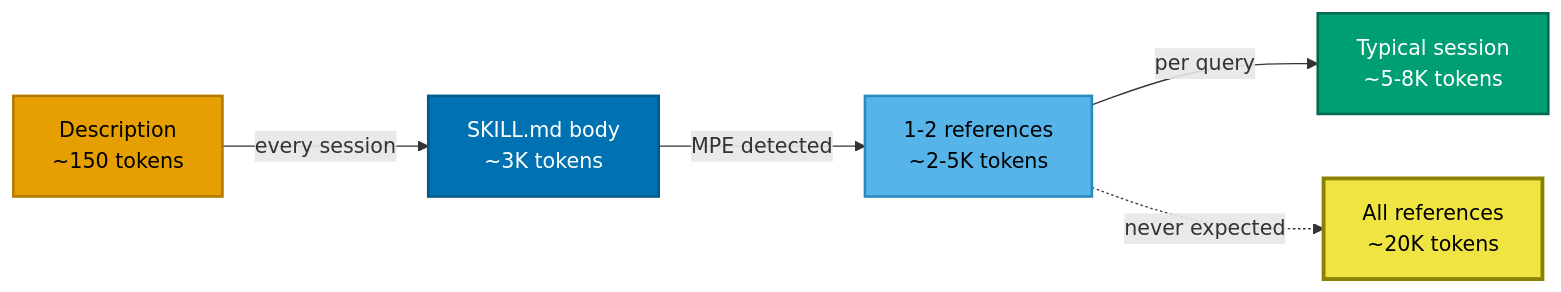
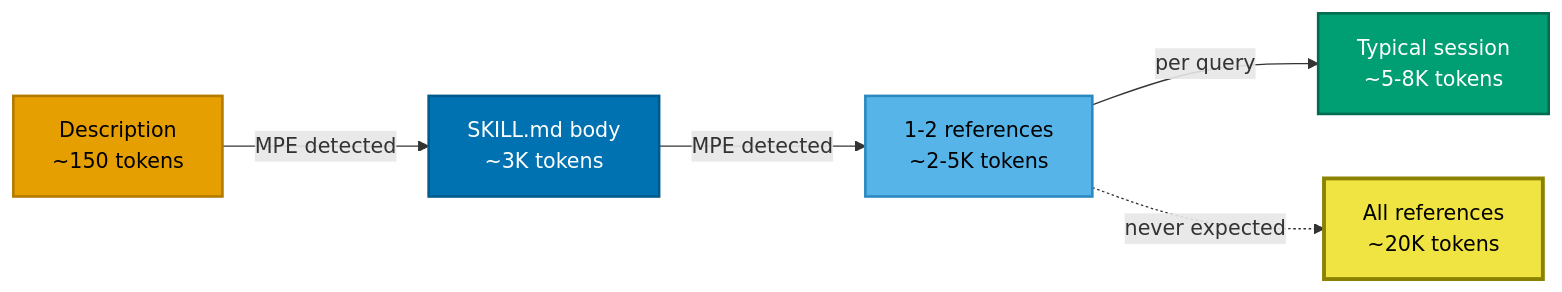
One commit to nathanvale/my-agent-cortex changed the diagram in docs/diagrams/2026-03-03-kb-mpe-plan/kb-mpe-3-token-budget.mmd. Above: the diagram before and after it, drawn with Mermaid. The commit also changed 1 other file, not shown here.

Commit message:
fix(kb-mpe): address CodeRabbit review round 2
- Fix grammar: 'timeout' -> 'time out' (verb form) in export.md
- Fix token-budget diagram label: 'every session' -> 'MPE detected'

```diff
--- a/docs/diagrams/2026-03-03-kb-mpe-plan/kb-mpe-3-token-budget.mmd
+++ b/docs/diagrams/2026-03-03-kb-mpe-plan/kb-mpe-3-token-budget.mmd
@@ -1,17 +1,17 @@
 flowchart LR
     classDef primary fill:#0072B2,stroke:#005a8c,color:#fff,stroke-width:2px
     classDef info fill:#56B4E9,stroke:#2A8ABF,color:#000,stroke-width:2px
     classDef success fill:#009E73,stroke:#006B4F,color:#fff,stroke-width:2px
     classDef warning fill:#E69F00,stroke:#B37A00,color:#000,stroke-width:2px
     classDef highlight fill:#F0E442,stroke:#8A8200,color:#000,stroke-width:3px
 
     DESC["Description<br/>~150 tokens"]:::warning
     SKILL["SKILL.md body<br/>~3K tokens"]:::primary
     REFS["1-2 references<br/>~2-5K tokens"]:::info
     TOTAL["Typical session<br/>~5-8K tokens"]:::success
     WORST["All references<br/>~20K tokens"]:::highlight
 
-    DESC -->|"every session"| SKILL
+    DESC -->|"MPE detected"| SKILL
     SKILL -->|"MPE detected"| REFS
     REFS -->|"per query"| TOTAL
     REFS -.->|"never expected"| WORST
```
